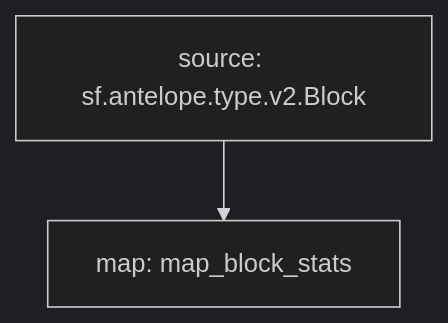
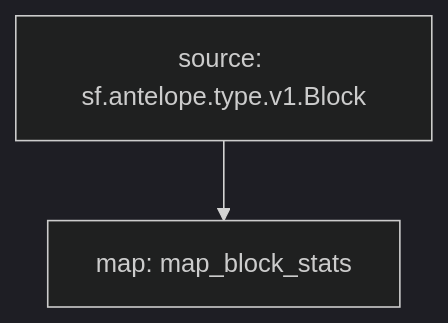
The diagram in blocks/antelope/README.md (pinax-network/subtivity-substreams), drawn with Mermaid (dark theme) before and after one commit. The commit also changed 4 other files, not shown here.

````diff
--- a/blocks/antelope/README.md
+++ b/blocks/antelope/README.md
@@ -11,5 +11,5 @@
 ```mermaid
 graph TD;
   map_block_stats[map: map_block_stats]
-  sf.antelope.type.v2.Block[source: sf.antelope.type.v2.Block] --> map_block_stats
+  sf.antelope.type.v1.Block[source: sf.antelope.type.v1.Block] --> map_block_stats
 ```
````
